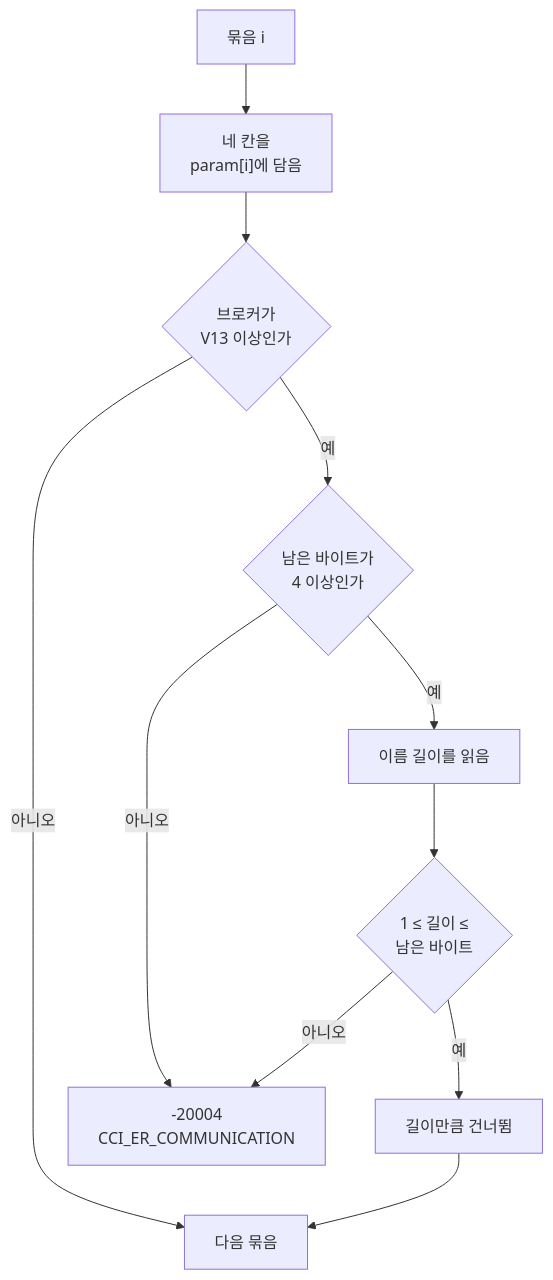
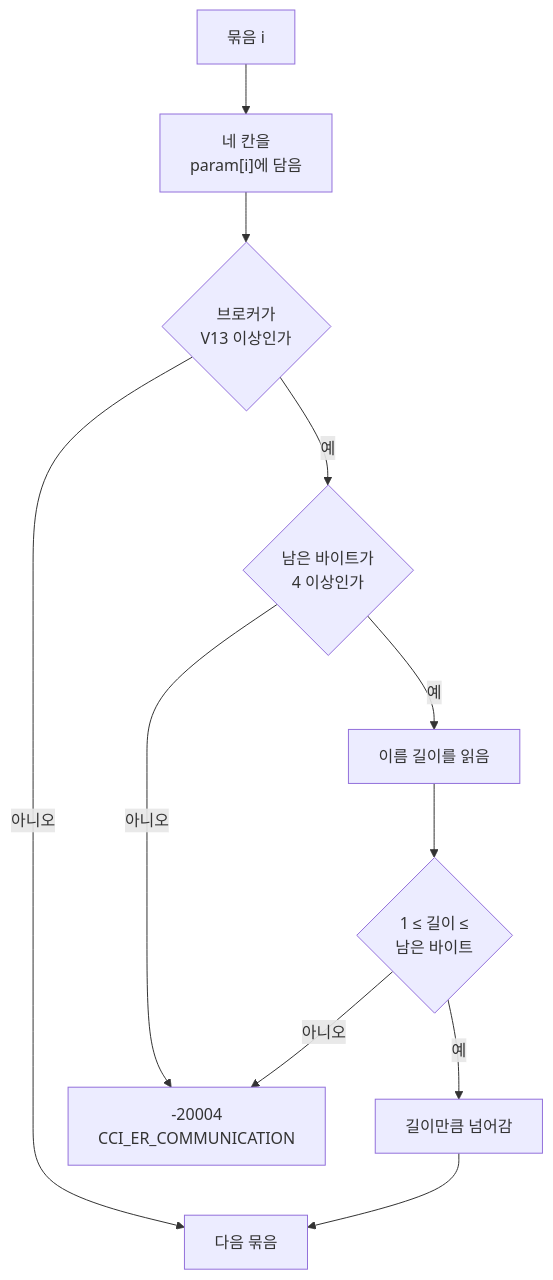
The second of 2 diagrams in APIS-1139/APIS-1139-cci-parameter-name.md (Srltas/work-docs), drawn with Mermaid before and after one commit. The commit also changed other lines of this file and 2 other files, not shown here.

````diff
--- a/APIS-1139/APIS-1139-cci-parameter-name.md
+++ b/APIS-1139/APIS-1139-cci-parameter-name.md
@@ -65,13 +65,13 @@
 ```mermaid
 flowchart TB
   S["묶음 i"] --> F["네 칸을<br/>param[i]에 담음"]
   F --> Q1{"브로커가<br/>V13 이상인가"}
   Q1 -- 아니오 --> N["다음 묶음"]
   Q1 -- 예 --> Q2{"남은 바이트가<br/>4 이상인가"}
   Q2 -- 아니오 --> E["-20004<br/>CCI_ER_COMMUNICATION"]
   Q2 -- 예 --> L["이름 길이를 읽음"]
   L --> Q3{"1 ≤ 길이 ≤<br/>남은 바이트"}
   Q3 -- 아니오 --> E
-  Q3 -- 예 --> K["길이만큼 건너뜀"]
+  Q3 -- 예 --> K["길이만큼 넘어감"]
   K --> N
 ```
````
